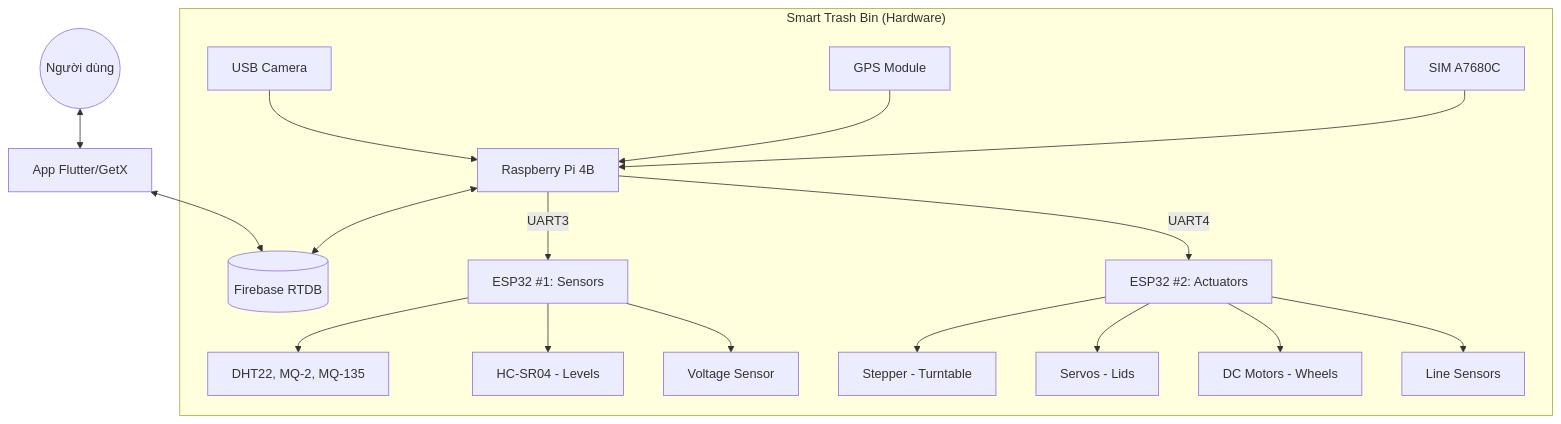
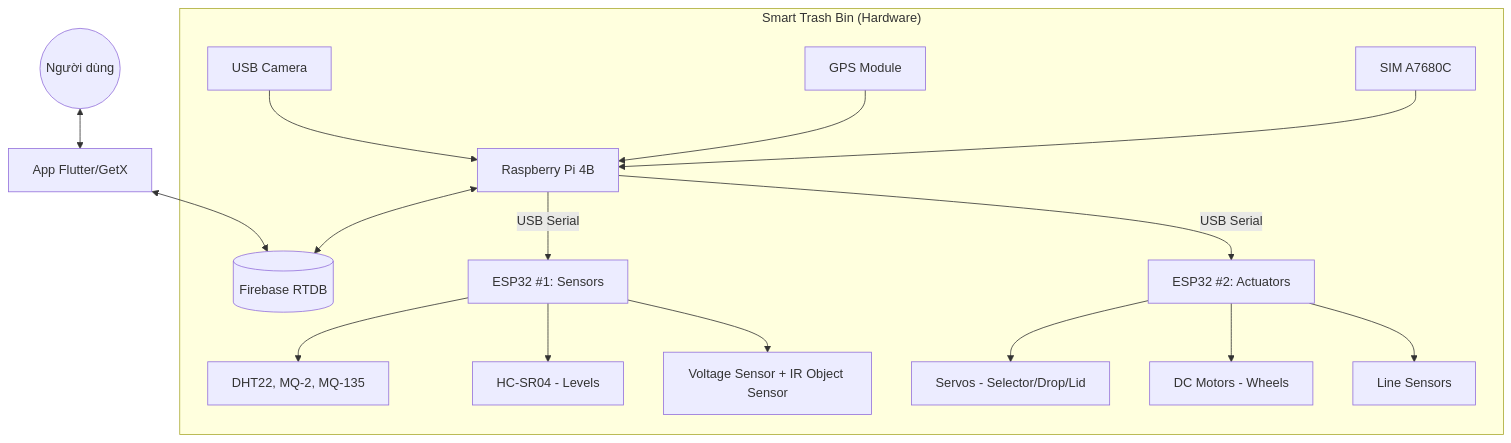
One commit to spad0604/trash_detection changed the diagram in architecture_and_protocol.md. Above: the diagram before and after it, drawn with Mermaid. The commit also changed other lines of this file and 52 other files, not shown here.

````diff
--- a/architecture_and_protocol.md
+++ b/architecture_and_protocol.md
@@ -7,24 +7,23 @@
 ```mermaid
 graph TD
     User((Người dùng)) <--> App[App Flutter/GetX]
     App <--> FB[(Firebase RTDB)]
     
     subgraph "Smart Trash Bin (Hardware)"
         Pi[Raspberry Pi 4B] <--> FB
-        Pi -- UART3 --> ESP1[ESP32 #1: Sensors]
-        Pi -- UART4 --> ESP2[ESP32 #2: Actuators]
+        Pi -- USB Serial --> ESP1[ESP32 #1: Sensors]
+        Pi -- USB Serial --> ESP2[ESP32 #2: Actuators]
         
         Cam[USB Camera] --> Pi
         GPS[GPS Module] --> Pi
         SIM[SIM A7680C] --> Pi
         
         ESP1 --> S1[DHT22, MQ-2, MQ-135]
         ESP1 --> S2[HC-SR04 - Levels]
-        ESP1 --> S3[Voltage Sensor]
+        ESP1 --> S3[Voltage Sensor + IR Object Sensor]
         
-        ESP2 --> M1[Stepper - Turntable]
-        ESP2 --> M2[Servos - Lids]
+        ESP2 --> M1[Servos - Selector/Drop/Lid]
         ESP2 --> M3[DC Motors - Wheels]
         ESP2 --> S4[Line Sensors]
     end
 ```
````
